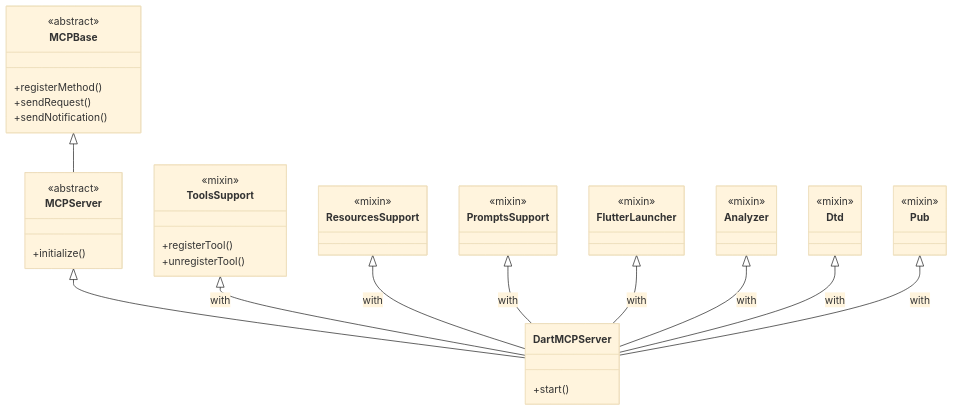
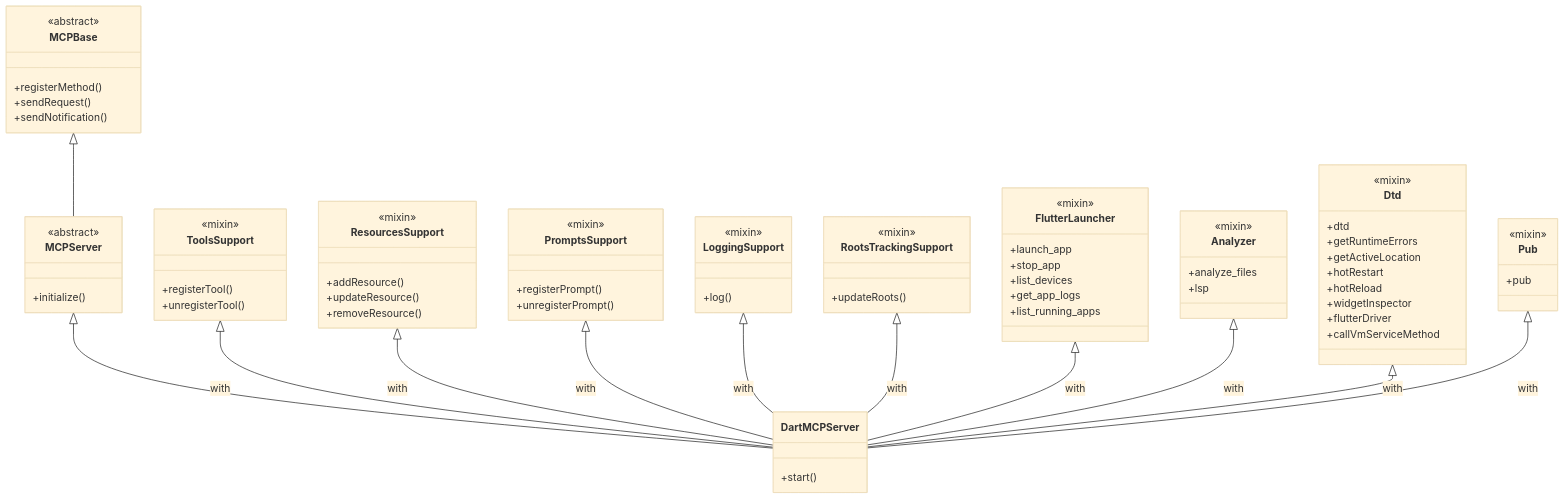
Before and after one commit to dart-lang/ai: the second of 3 diagrams in pkgs/dart_mcp_server/ARCHITECTURE.md, drawn with Mermaid (base theme).

Commit message:
expand on the core architecture diagram

```diff
--- a/pkgs/dart_mcp_server/ARCHITECTURE.md
+++ b/pkgs/dart_mcp_server/ARCHITECTURE.md
@@ -59,20 +59,62 @@
 
     class ResourcesSupport {
         <<mixin>>
+        +addResource()
+        +updateResource()
+        +removeResource()
     }
 
     class PromptsSupport {
         <<mixin>>
+        +registerPrompt()
+        +unregisterPrompt()
+    }
+    
+    class LoggingSupport {
+        <<mixin>>
+        +log()
+    }
+
+    class RootsTrackingSupport {
+        <<mixin>>
+        +updateRoots()
     }
 
     class DartMCPServer {
         +start()
     }
 
-    class FlutterLauncher { <<mixin>> }
-    class Analyzer { <<mixin>> }
-    class Dtd { <<mixin>> }
-    class Pub { <<mixin>> }
+    class FlutterLauncher { 
+        <<mixin>> 
+        +launch_app
+        +stop_app
+        +list_devices
+        +get_app_logs
+        +list_running_apps
+    }
+
+    class Analyzer { 
+        <<mixin>> 
+        +analyze_files
+        +lsp
+    }
+
+    class Dtd { 
+        <<mixin>> 
+        +dtd
+        +getRuntimeErrors
+        +getActiveLocation
+        +hotRestart
+        +hotReload
+        +widgetInspector
+        +flutterDriver
+        +callVmServiceMethod
+    }
+
+    class Pub { 
+        <<mixin>> 
+        +pub
+    }
 
     MCPBase <|-- MCPServer
     MCPServer <|-- DartMCPServer
@@ -80,6 +122,8 @@
     ToolsSupport <|-- DartMCPServer : with
     ResourcesSupport <|-- DartMCPServer : with
     PromptsSupport <|-- DartMCPServer : with
+    LoggingSupport <|-- DartMCPServer : with
+    RootsTrackingSupport <|-- DartMCPServer : with
 
     FlutterLauncher <|-- DartMCPServer : with
     Analyzer <|-- DartMCPServer : with
```
